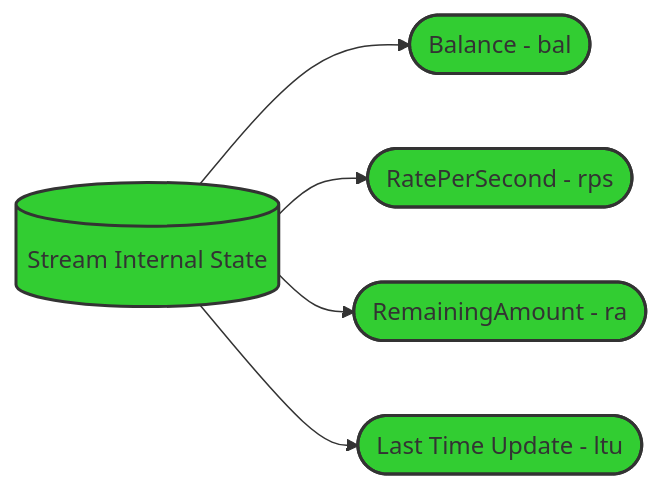
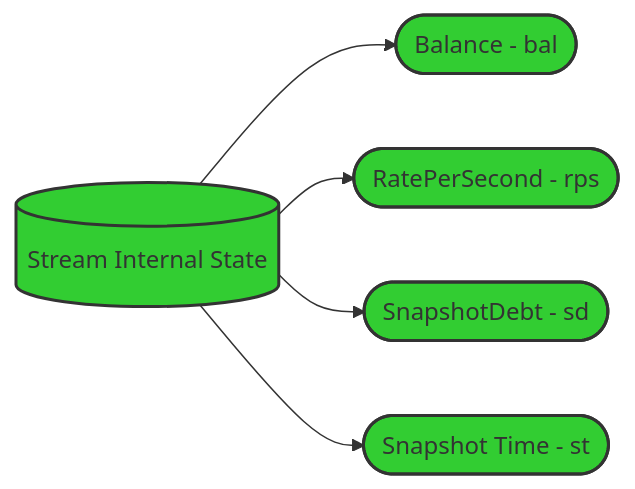
The third of 8 diagrams in diagrams.md (sablier-labs/lockup), drawn with Mermaid before and after one commit. The commit also changed other lines of this file and 94 other files, not shown here.

````diff
--- a/diagrams.md
+++ b/diagrams.md
@@ -133,15 +133,15 @@
 ```mermaid
 flowchart LR
     stream[(Stream Internal State)]:::green
     bal([Balance - bal]):::green
     rps([RatePerSecond - rps]):::green
-    ra([RemainingAmount - ra]):::green
-    ltu([Last Time Update - ltu]):::green
+    sd([SnapshotDebt - sd]):::green
+    st([Snapshot Time - st]):::green
 
     stream --> bal
     stream --> rps
-    stream --> ra
-    stream --> ltu
+    stream --> sd
+    stream --> st
 
     classDef green fill:#32cd32,stroke:#333,stroke-width:2px;
 ```
````
